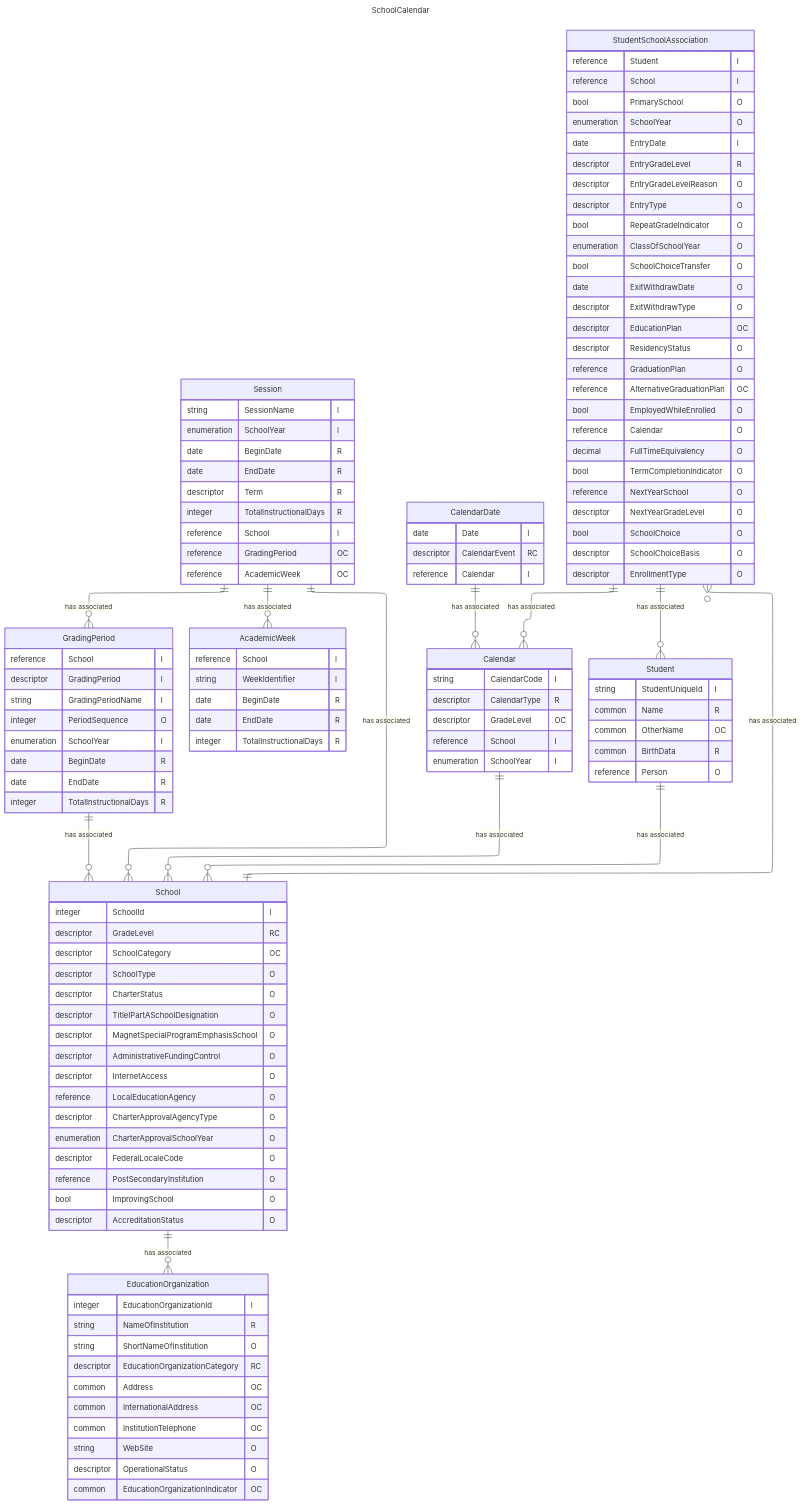
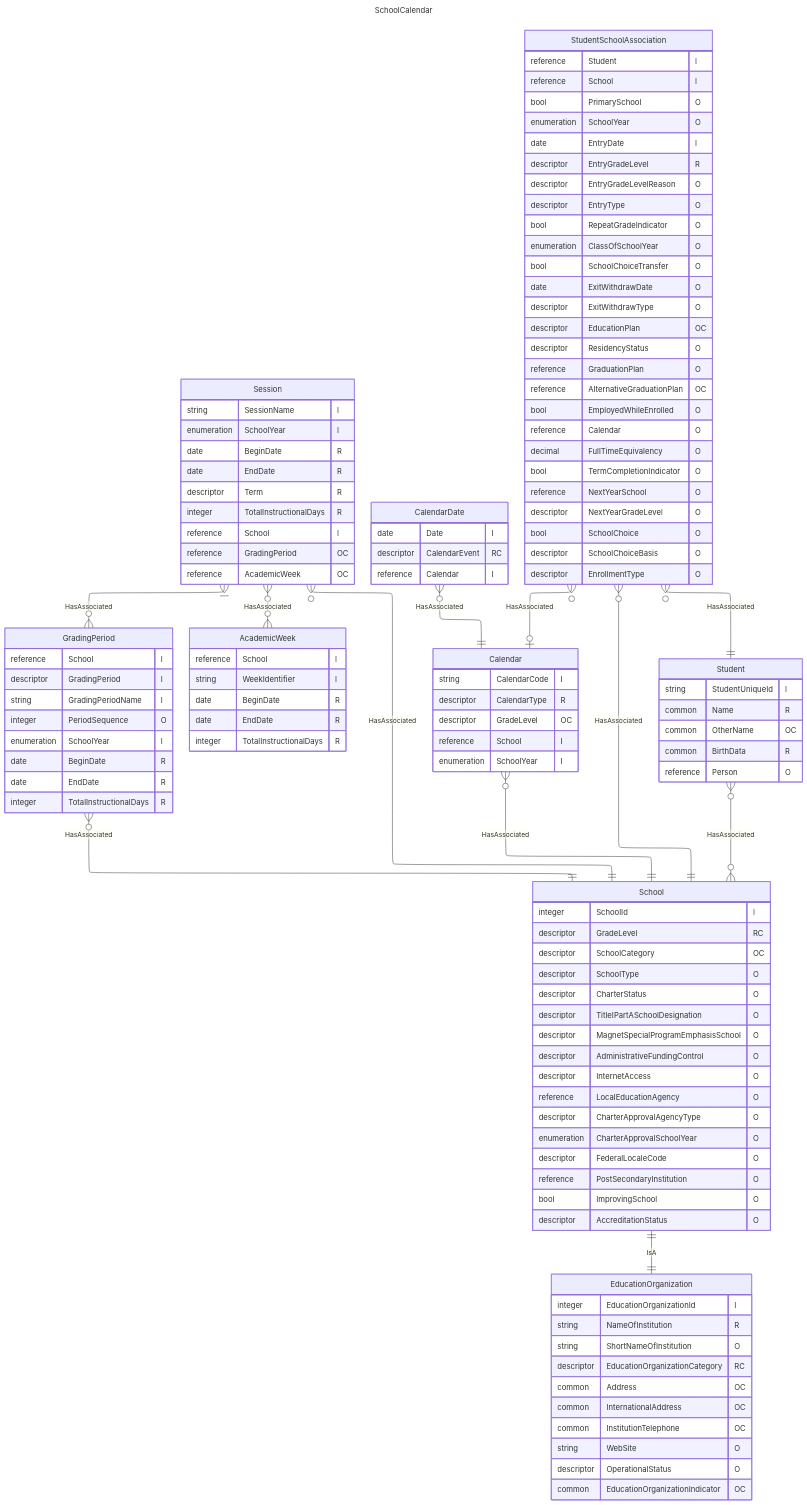
The diagram in Models/Models/SchoolCalendar.mmd (Ed-Fi-Alliance-OSS/Ed-Fi-Data-Standard), drawn with Mermaid before and after one commit. The commit also changed 24 other files, not shown here.

First line of the commit message:
[Datastd-2596] Auditing Mermaid UML - batch 1 for DS v6.1 (#381)

```diff
--- a/Models/Models/SchoolCalendar.mmd
+++ b/Models/Models/SchoolCalendar.mmd
@@ -1,122 +1,122 @@
 ---
 title: SchoolCalendar
 config:
   layout: elk
 ---
 erDiagram
     Session {
         string SessionName "I"
         enumeration SchoolYear "I"
         date BeginDate "R"
         date EndDate "R"
         descriptor Term "R"
         integer TotalInstructionalDays "R"
         reference School "I"
         reference GradingPeriod "OC"
         reference AcademicWeek "OC"
     }
     GradingPeriod {
         reference School "I"
         descriptor GradingPeriod "I"
         string GradingPeriodName "I"
         integer PeriodSequence "O"
         enumeration SchoolYear "I"
         date BeginDate "R"
         date EndDate "R"
         integer TotalInstructionalDays "R"
     }
     AcademicWeek {
         reference School "I"
         string WeekIdentifier "I"
         date BeginDate "R"
         date EndDate "R"
         integer TotalInstructionalDays "R"
     }
     Calendar {
         string CalendarCode "I"
         descriptor CalendarType "R"
         descriptor GradeLevel "OC"
         reference School "I"
         enumeration SchoolYear "I"
     }
     CalendarDate {
         date Date "I"
         descriptor CalendarEvent "RC"
         reference Calendar "I"
     }
     StudentSchoolAssociation {
         reference Student "I"
         reference School "I"
         bool PrimarySchool "O"
         enumeration SchoolYear "O"
         date EntryDate "I"
         descriptor EntryGradeLevel "R"
         descriptor EntryGradeLevelReason "O"
         descriptor EntryType "O"
         bool RepeatGradeIndicator "O"
         enumeration ClassOfSchoolYear "O"
         bool SchoolChoiceTransfer "O"
         date ExitWithdrawDate "O"
         descriptor ExitWithdrawType "O"
         descriptor EducationPlan "OC"
         descriptor ResidencyStatus "O"
         reference GraduationPlan "O"
         reference AlternativeGraduationPlan "OC"
         bool EmployedWhileEnrolled "O"
         reference Calendar "O"
         decimal FullTimeEquivalency "O"
         bool TermCompletionIndicator "O"
         reference NextYearSchool "O"
         descriptor NextYearGradeLevel "O"
         bool SchoolChoice "O"
         descriptor SchoolChoiceBasis "O"
         descriptor EnrollmentType "O"
     }
     Student {
         string StudentUniqueId "I"
         common Name "R"
         common OtherName "OC"
         common BirthData "R"
         reference Person "O"
     }
     EducationOrganization {
         integer EducationOrganizationId "I"
         string NameOfInstitution "R"
         string ShortNameOfInstitution "O"
         descriptor EducationOrganizationCategory "RC"
         common Address "OC"
         common InternationalAddress "OC"
         common InstitutionTelephone "OC"
         string WebSite "O"
         descriptor OperationalStatus "O"
         common EducationOrganizationIndicator "OC"
     }
     School {
         integer SchoolId "I"
         descriptor GradeLevel "RC"
         descriptor SchoolCategory "OC"
         descriptor SchoolType "O"
         descriptor CharterStatus "O"
         descriptor TitleIPartASchoolDesignation "O"
         descriptor MagnetSpecialProgramEmphasisSchool "O"
         descriptor AdministrativeFundingControl "O"
         descriptor InternetAccess "O"
         reference LocalEducationAgency "O"
         descriptor CharterApprovalAgencyType "O"
         enumeration CharterApprovalSchoolYear "O"
         descriptor FederalLocaleCode "O"
         reference PostSecondaryInstitution "O"
         bool ImprovingSchool "O"
         descriptor AccreditationStatus "O"
     }
-    Session ||--o{ School : "has associated"
-    Session ||--o{ AcademicWeek : "has associated"
-    Session ||--o{ GradingPeriod : "has associated"
-    GradingPeriod ||--o{ School : "has associated"
-    Calendar ||--o{ School : "has associated"
-    CalendarDate ||--o{ Calendar : "has associated"
-    StudentSchoolAssociation ||--o{ Calendar : "has associated"
-    StudentSchoolAssociation ||--o{ Student : "has associated"
-    School ||--o{ StudentSchoolAssociation : "has associated"
-    School ||--o{ EducationOrganization : "has associated"
-    Student ||--o{ School : "has associated"
+    Session }o--o{ AcademicWeek : "HasAssociated"
+    Session }o--|| School : "HasAssociated"
+    Session }|--o{ GradingPeriod : "HasAssociated"
+    GradingPeriod }o--|| School : "HasAssociated"
+    CalendarDate }o--|| Calendar : "HasAssociated"
+    Calendar }o--|| School : "HasAssociated"
+    Student }o--o{ School : "HasAssociated"
+    School ||--|| EducationOrganization : "IsA"
+    StudentSchoolAssociation }o--o| Calendar : "HasAssociated"
+    StudentSchoolAssociation }o--|| School : "HasAssociated"
+    StudentSchoolAssociation }o--|| Student : "HasAssociated"
```
